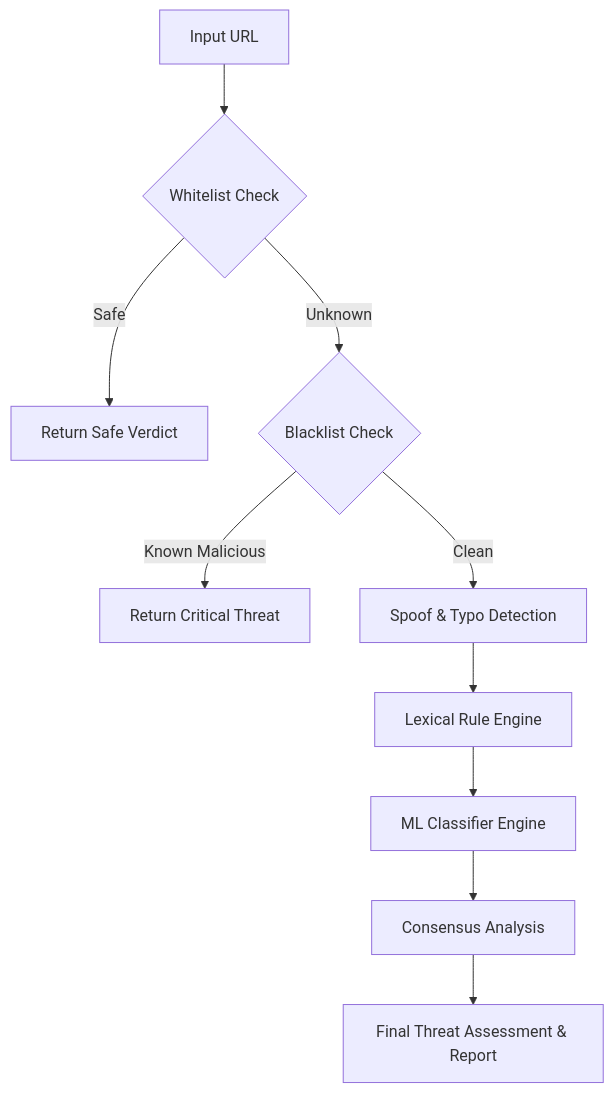
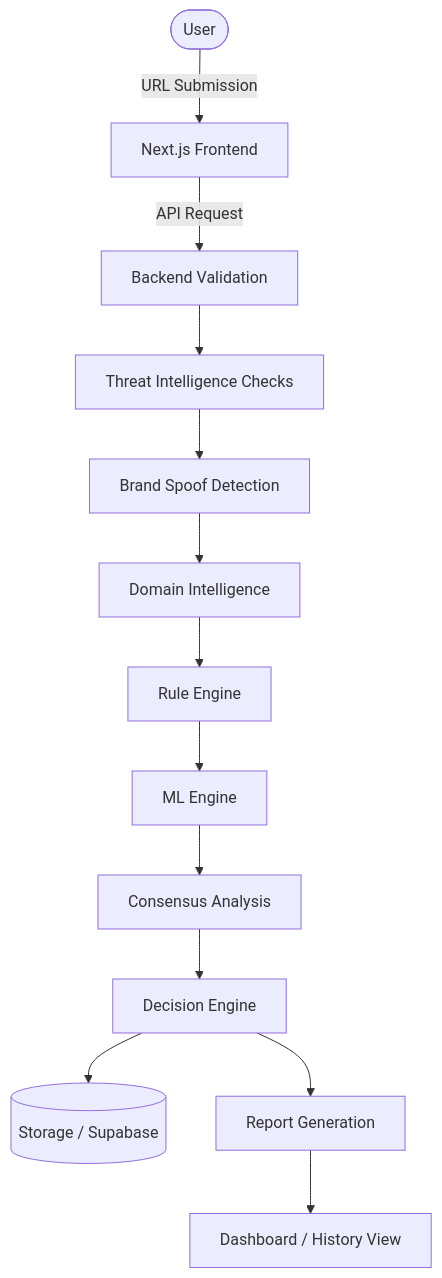
One commit to GodJatin/PhishGuard changed the second of 2 diagrams in README.md. Above: the diagram before and after it, drawn with Mermaid. The commit also changed other lines of this file, not shown here.

Commit message:
docs: finalize README with applications, pipeline, and architecture updates

````diff
--- a/README.md
+++ b/README.md
@@ -55,12 +349,15 @@
 ```mermaid
 graph TD
-    A[Input URL] --> B{Whitelist Check}
-    B -- Safe --> C[Return Safe Verdict]
-    B -- Unknown --> D{Blacklist Check}
-    D -- Known Malicious --> E[Return Critical Threat]
-    D -- Clean --> F[Spoof & Typo Detection]
-    F --> G[Lexical Rule Engine]
-    G --> H[ML Classifier Engine]
+    A([User]) -->|URL Submission| B[Next.js Frontend]
+    B -->|API Request| C[Backend Validation]
+    C --> D[Threat Intelligence Checks]
+    D --> E[Brand Spoof Detection]
+    E --> F[Domain Intelligence]
+    F --> G[Rule Engine]
+    G --> H[ML Engine]
     H --> I[Consensus Analysis]
-    I --> J[Final Threat Assessment & Report]
+    I --> J[Decision Engine]
+    J --> K[(Storage / Supabase)]
+    J --> L[Report Generation]
+    L --> M[Dashboard / History View]
 ```
````
